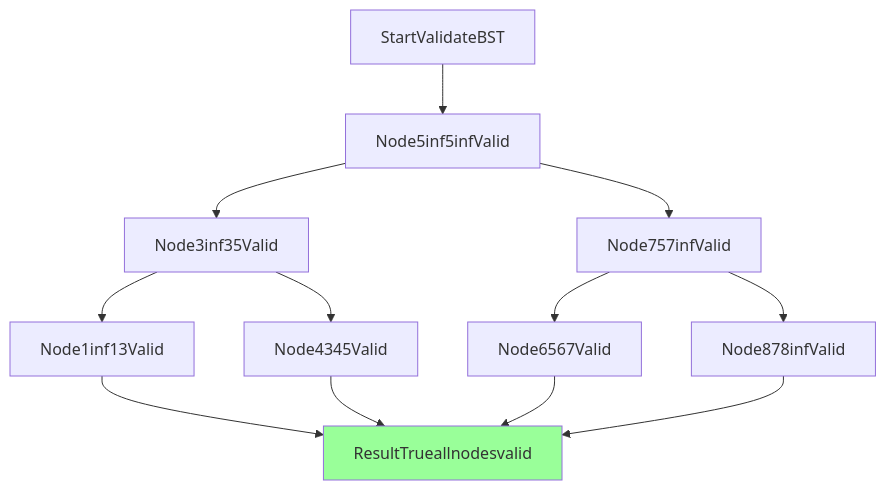
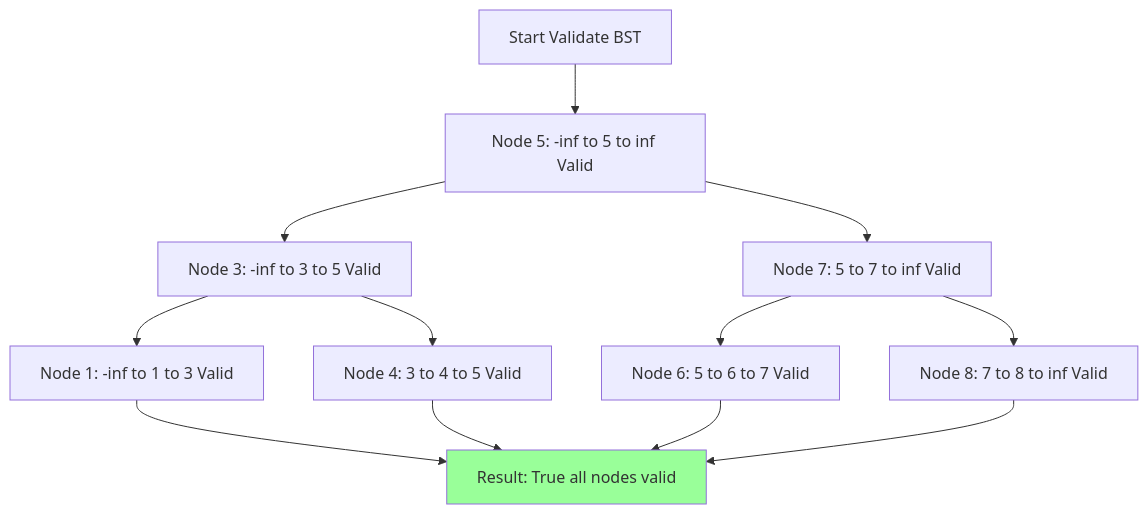
Before and after one commit to proxyroot/proxyroot.github.io: the third of 4 diagrams in _posts/2024-06-01-bst-overview.markdown, drawn with Mermaid. The commit also changed other lines of this file, not shown here.

````diff
--- a/_posts/2024-06-01-bst-overview.markdown
+++ b/_posts/2024-06-01-bst-overview.markdown
@@ -94,22 +94,22 @@
 ```mermaid
 graph TD
-    Start[StartValidateBST]
-    N5[Node5inf5infValid]
-    N3[Node3inf35Valid]
-    N1[Node1inf13Valid]
-    N4[Node4345Valid]
-    N7[Node757infValid]
-    N6[Node6567Valid]
-    N8[Node878infValid]
-    Result[ResultTrueallnodesvalid]
+    Start[Start Validate BST]
+    N5[Node 5: -inf to 5 to inf Valid]
+    N3[Node 3: -inf to 3 to 5 Valid]
+    N1[Node 1: -inf to 1 to 3 Valid]
+    N4[Node 4: 3 to 4 to 5 Valid]
+    N7[Node 7: 5 to 7 to inf Valid]
+    N6[Node 6: 5 to 6 to 7 Valid]
+    N8[Node 8: 7 to 8 to inf Valid]
+    Result[Result: True all nodes valid]
 
     Start --> N5 --> N3 --> N1
     N5 --> N7 --> N6
     N3 --> N4
     N7 --> N8
     N1 --> Result
     N4 --> Result
     N6 --> Result
     N8 --> Result
     style Result fill:#99ff99
 ```
````
